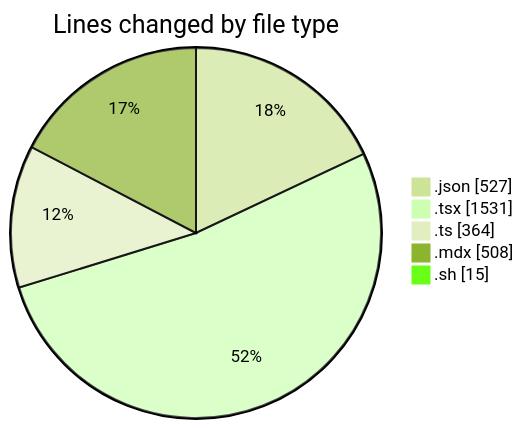
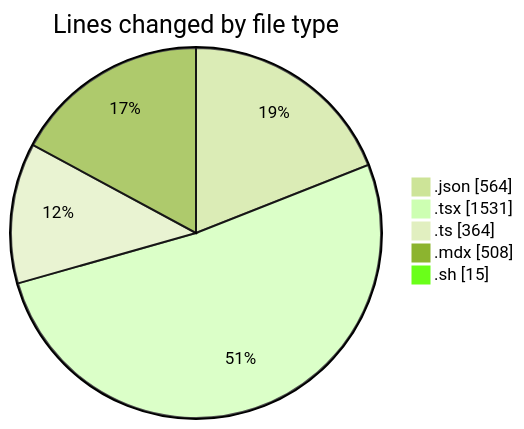
Before and after one commit to Elitesun/code-tracking: the first of 2 diagrams in 2025-05-01/niten/README.md, drawn with Mermaid (forest theme). The commit also changed other lines of this file and 1 other file, not shown here.

````diff
--- a/2025-05-01/niten/README.md
+++ b/2025-05-01/niten/README.md
@@ -51,9 +52,9 @@
 ```mermaid
 pie showData
 title Lines changed by file type
-".json" : 527
+".json" : 564
 ".tsx" : 1531
 ".ts" : 364
 ".mdx" : 508
 ".sh" : 15
 ```
````
